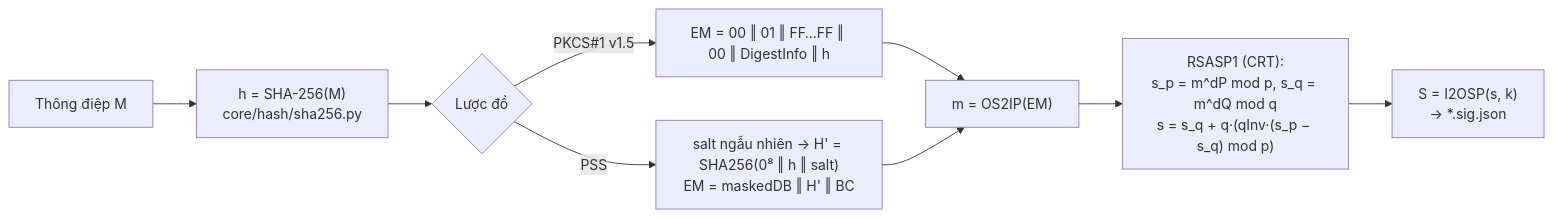
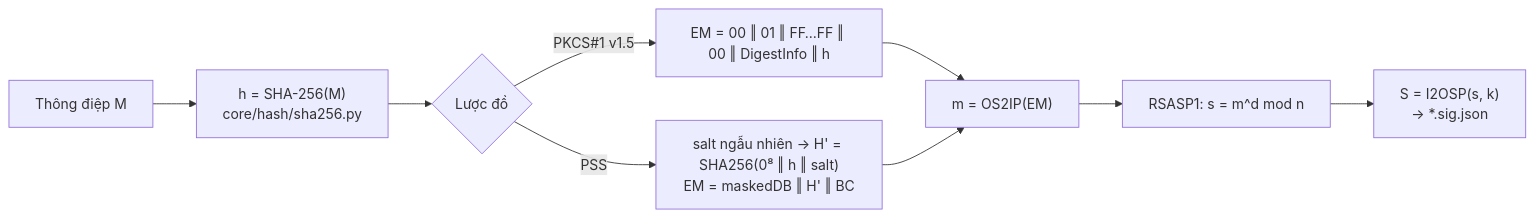
The diagram in docs/diagrams/sign.md (Ragnarok-84/RSA_2), drawn with Mermaid before and after one commit. The commit also changed 38 other files, not shown here.

````diff
--- a/docs/diagrams/sign.md
+++ b/docs/diagrams/sign.md
@@ -3,11 +3,11 @@
 ```mermaid
 flowchart LR
     M["Thông điệp M"] --> H["h = SHA-256(M)<br/>core/hash/sha256.py"]
     H --> E{"Lược đồ"}
     E -- PKCS#1 v1.5 --> P1["EM = 00 ‖ 01 ‖ FF…FF ‖ 00 ‖ DigestInfo ‖ h"]
     E -- PSS --> P2["salt ngẫu nhiên → H' = SHA256(0⁸ ‖ h ‖ salt)<br/>EM = maskedDB ‖ H' ‖ BC"]
     P1 --> I["m = OS2IP(EM)"]
     P2 --> I
-    I --> S["RSASP1 (CRT):<br/>s_p = m^dP mod p, s_q = m^dQ mod q<br/>s = s_q + q·(qInv·(s_p − s_q) mod p)"]
+    I --> S["RSASP1: s = m^d mod n"]
     S --> O["S = I2OSP(s, k)<br/>→ *.sig.json"]
 ```
````
